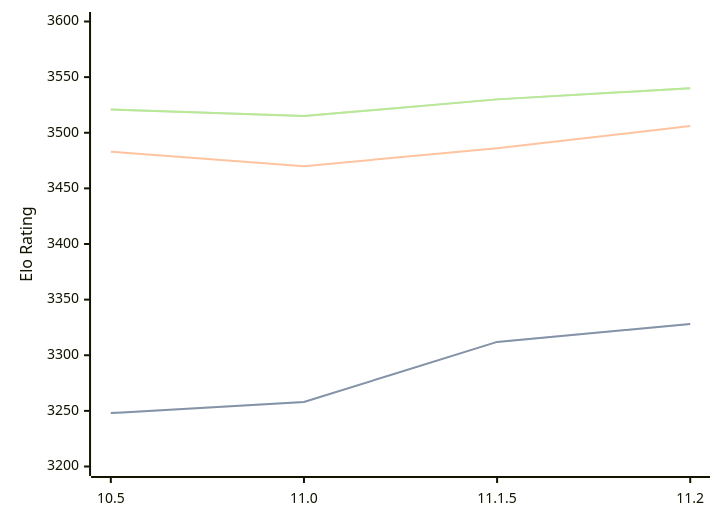
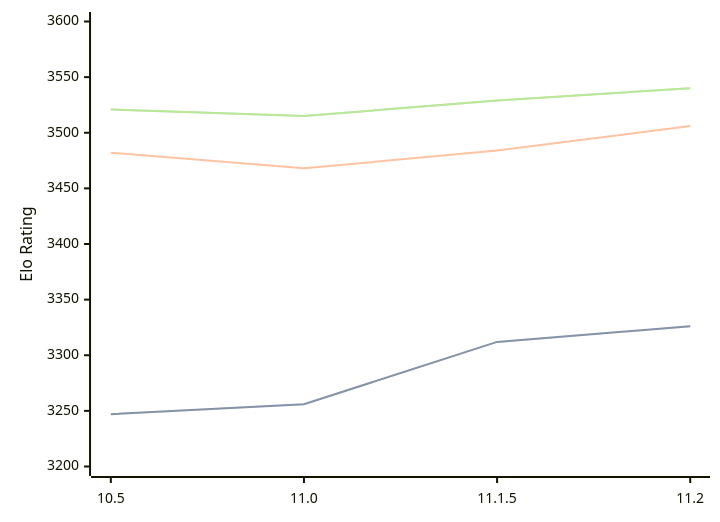
Before and after one commit to computer-chess-index/cci: the diagram in engines/Lizard.md, drawn with Mermaid. The commit also changed other lines of this file, not shown here.

Commit message:
Update CCI Ratings (ELO VLTC) - 2026-03-22

````diff
--- a/engines/Lizard.md
+++ b/engines/Lizard.md
@@ -46,11 +46,11 @@
 ```mermaid
 %%{init: {"theme":"base","themeVariables":{"seriesColors:['#a3a3a3','#222221','#faa371']}}}%%
 xychart-beta
   x-axis ["10.5", "11.0", "11.1.5", "11.2"]
   y-axis "Elo Rating" 3200 --> 3600
-  line "STC (8.0+0.08s)" [3248, 3258, 3312, 3328]
-  line "STC (8.0+0.08s)" [3248, 3258, 3312, 3328]
-  line "LTC (60.0+0.60s)" [3483, 3470, 3486, 3506]
-  line "VLTC (2m24s+1.12s)" [3521, 3515, 3530, 3540]
-  line "VLTC (2m24s+1.12s)" [3521, 3515, 3530, 3540]
+  line "STC (8.0+0.08s)" [3247, 3256, 3312, 3326]
+  line "STC (8.0+0.08s)" [3247, 3256, 3312, 3326]
+  line "LTC (60.0+0.60s)" [3482, 3468, 3484, 3506]
+  line "VLTC (2m24s+1.12s)" [3521, 3515, 3529, 3540]
+  line "VLTC (2m24s+1.12s)" [3521, 3515, 3529, 3540]
 ```
````
